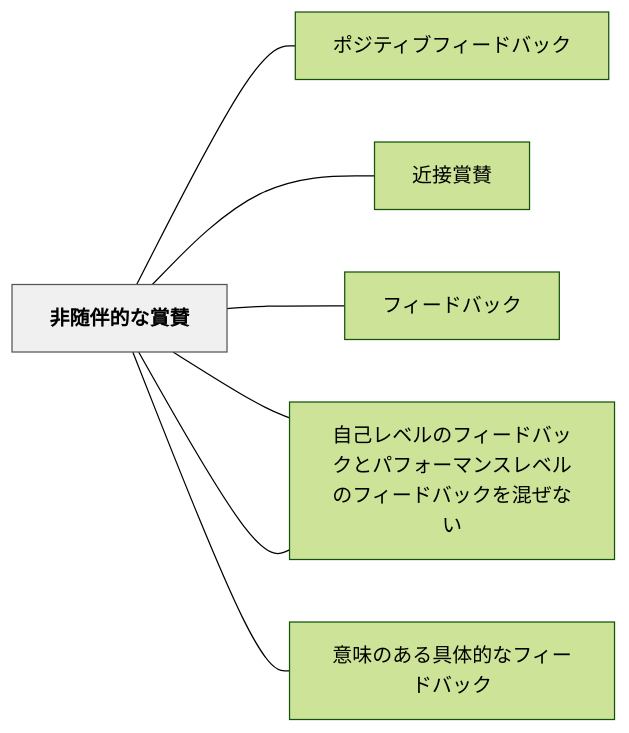
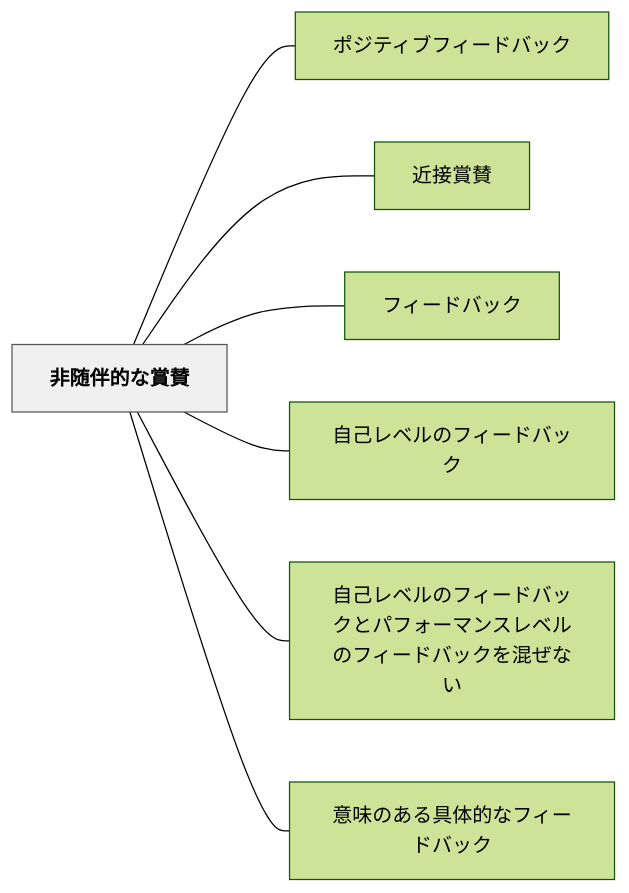
Before and after one commit to unknownthings-ed-patterns/unknownthings-ed-patterns: the diagram in content/パタン/非随伴的な賞賛.md, drawn with Mermaid (forest theme). The commit also changed 527 other files, not shown here.

````diff
--- a/content/パタン/非随伴的な賞賛.md
+++ b/content/パタン/非随伴的な賞賛.md
@@ -54,20 +54,20 @@
 ```mermaid
 flowchart LR
-    ne99d9ee99a8f["非随伴的な賞賛"]
-    ne3839de382b8["ポジティブフィードバック"]
-    ne8bf91e68ea5["近接賞賛"]
-    ne38395e382a3["フィードバック"]
-    ne887aae5b7b1["自己レベルのフィードバック"]
-    ne887aae5b7b1["自己レベルのフィードバックとパフォーマンスレベルのフィードバックを混ぜない"]
-    ne6848fe591b3["意味のある具体的なフィードバック"]
+    ne99d9ee99a8fe4bcb4e79a84e381aae8b39ee8b39b["非随伴的な賞賛"]
+    ne3839de382b8e38386e382a3e38396e38395e382a3e383bce38389e38390e38383e382af["ポジティブフィードバック"]
+    ne8bf91e68ea5e8b39ee8b39b["近接賞賛"]
+    ne38395e382a3e383bce38389e38390e38383e382af["フィードバック"]
+    ne887aae5b7b1e383ace38399e383abe381aee38395e382a3e383bce38389e38390e38383e382af["自己レベルのフィードバック"]
+    ne887aae5b7b1e383ace38399e383abe381aee38395e382a3e383bce38389e38390e38383e382afe381a8e38391e38395e382a9e383bce3839ee383b3e382b9e383ace38399e383abe381aee38395e382a3e383bce38389e38390e38383e382afe38292e6b7b7e3819ce381aae38184["自己レベルのフィードバックとパフォーマンスレベルのフィードバックを混ぜない"]
+    ne6848fe591b3e381aee38182e3828be585b7e4bd93e79a84e381aae38395e382a3e383bce38389e38390e38383e382af["意味のある具体的なフィードバック"]
 
-    ne99d9ee99a8f --- ne3839de382b8
-    ne99d9ee99a8f --- ne8bf91e68ea5
-    ne99d9ee99a8f --- ne38395e382a3
-    ne99d9ee99a8f --- ne887aae5b7b1
-    ne99d9ee99a8f --- ne887aae5b7b1
-    ne99d9ee99a8f --- ne6848fe591b3
+    ne99d9ee99a8fe4bcb4e79a84e381aae8b39ee8b39b --- ne3839de382b8e38386e382a3e38396e38395e382a3e383bce38389e38390e38383e382af
+    ne99d9ee99a8fe4bcb4e79a84e381aae8b39ee8b39b --- ne8bf91e68ea5e8b39ee8b39b
+    ne99d9ee99a8fe4bcb4e79a84e381aae8b39ee8b39b --- ne38395e382a3e383bce38389e38390e38383e382af
+    ne99d9ee99a8fe4bcb4e79a84e381aae8b39ee8b39b --- ne887aae5b7b1e383ace38399e383abe381aee38395e382a3e383bce38389e38390e38383e382af
+    ne99d9ee99a8fe4bcb4e79a84e381aae8b39ee8b39b --- ne887aae5b7b1e383ace38399e383abe381aee38395e382a3e383bce38389e38390e38383e382afe381a8e38391e38395e382a9e383bce3839ee383b3e382b9e383ace38399e383abe381aee38395e382a3e383bce38389e38390e38383e382afe38292e6b7b7e3819ce381aae38184
+    ne99d9ee99a8fe4bcb4e79a84e381aae8b39ee8b39b --- ne6848fe591b3e381aee38182e3828be585b7e4bd93e79a84e381aae38395e382a3e383bce38389e38390e38383e382af
 
     classDef hub fill:#f0f0f0,stroke:#555,color:#000,font-weight:bold
-    class ne99d9ee99a8f hub
+    class ne99d9ee99a8fe4bcb4e79a84e381aae8b39ee8b39b hub
 ```
````
